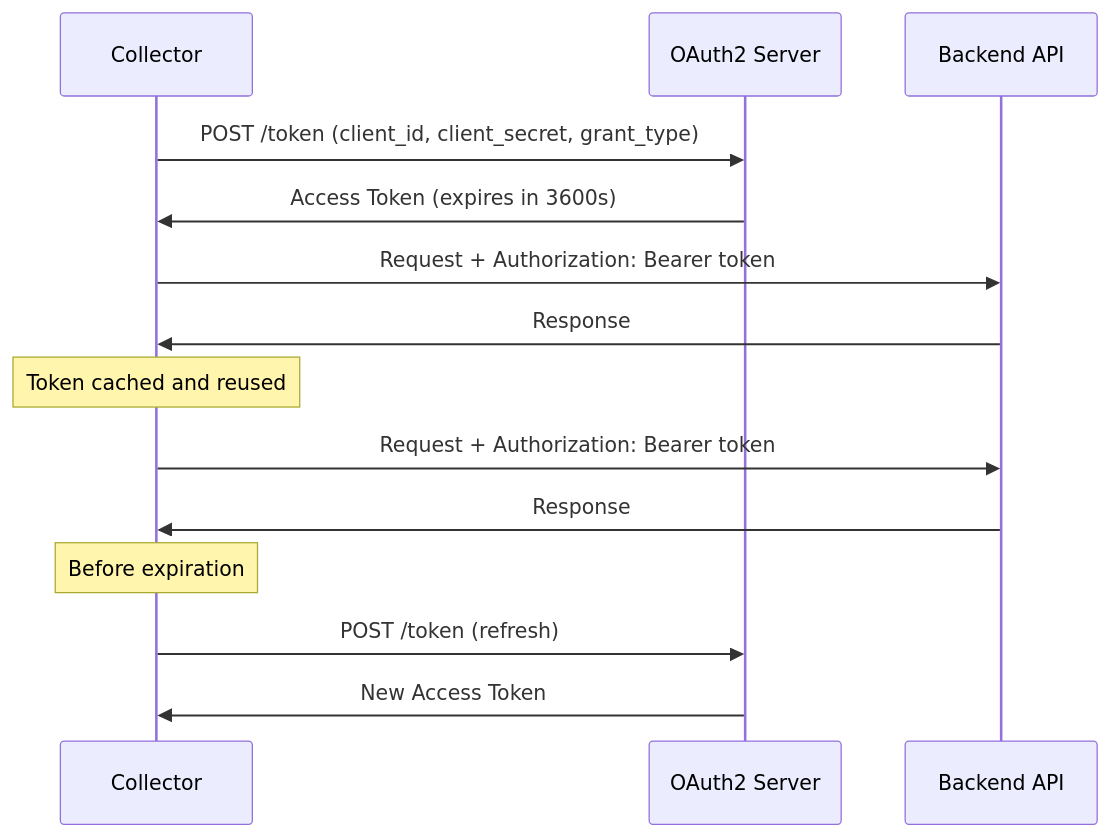
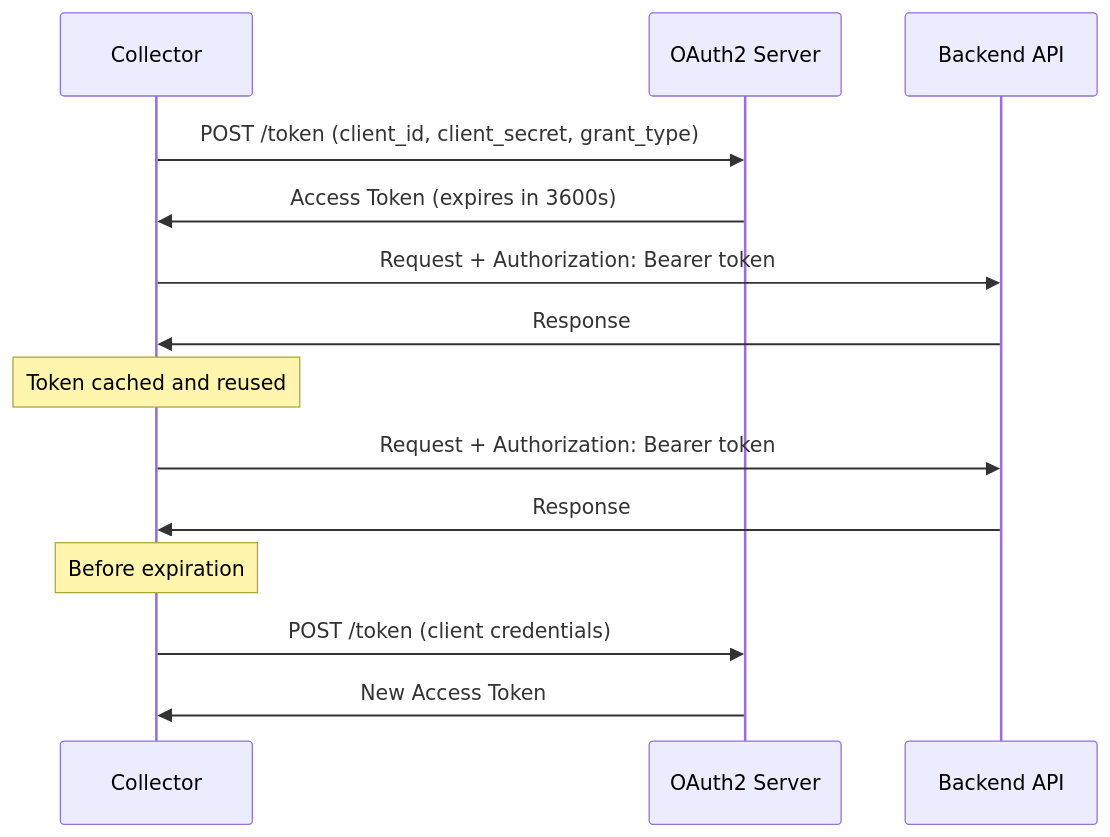
One commit to OneUptime/blog changed the diagram in posts/2026-02-06-oauth2-client-auth-extension-opentelemetry-collector/README.md. Above: the diagram before and after it, drawn with Mermaid. The commit also changed other lines of this file and 2 other files, not shown here.

Commit message:
validate: 2026-02-06-oauth2-client-auth-extension-opentelemetry-collector

````diff
--- a/posts/2026-02-06-oauth2-client-auth-extension-opentelemetry-collector/README.md
+++ b/posts/2026-02-06-oauth2-client-auth-extension-opentelemetry-collector/README.md
@@ -40,17 +40,17 @@
 ```mermaid
 sequenceDiagram
     participant Collector
     participant AuthServer as OAuth2 Server
     participant Backend as Backend API
 
     Collector->>AuthServer: POST /token (client_id, client_secret, grant_type)
     AuthServer->>Collector: Access Token (expires in 3600s)
     Collector->>Backend: Request + Authorization: Bearer token
     Backend->>Collector: Response
     Note over Collector: Token cached and reused
     Collector->>Backend: Request + Authorization: Bearer token
     Backend->>Collector: Response
     Note over Collector: Before expiration
-    Collector->>AuthServer: POST /token (refresh)
+    Collector->>AuthServer: POST /token (client credentials)
     AuthServer->>Collector: New Access Token
 ```
````
